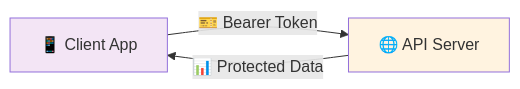
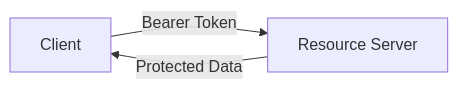
The fourth of 5 diagrams in docs/blog/direct-access-grant/slides.md (lele-maxwell/adorsys-gis-blog3), drawn with Mermaid before and after one commit. The commit also changed other lines of this file, not shown here.

Commit message:
Fix slides.md file to have a better explanation of what the process and what it does and correct explanation of the Direct grant flow and use correct diagram syntax and format

````diff
--- a/docs/blog/direct-access-grant/slides.md
+++ b/docs/blog/direct-access-grant/slides.md
@@ -117,8 +123,5 @@
 ```mermaid
-flowchart LR
-    A["📱 Client App"] -->|"🎫 Bearer Token"| B["🌐 API Server"]
-    B -->|"📊 Protected Data"| A
-    
-    style A fill:#f3e5f5
-    style B fill:#fff3e0
+graph LR
+  A[Client] -->|Bearer Token| B[Resource Server]
+  B -->|Protected Data| A
 ```
````
